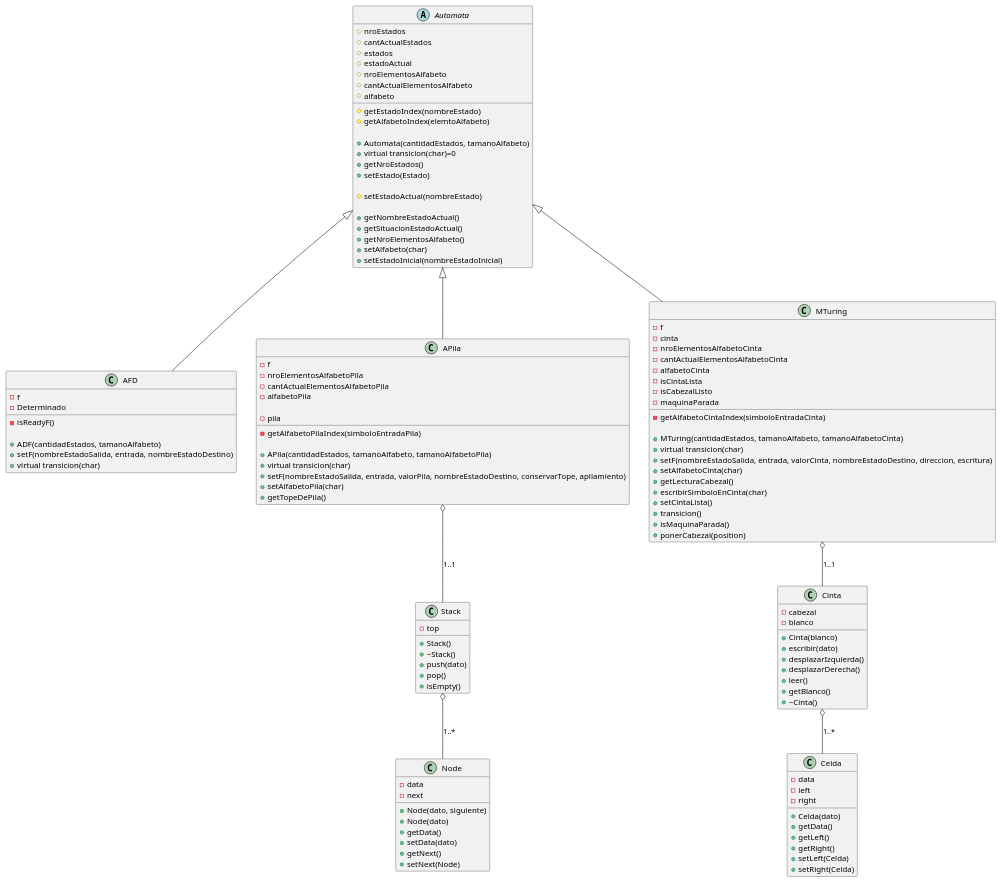
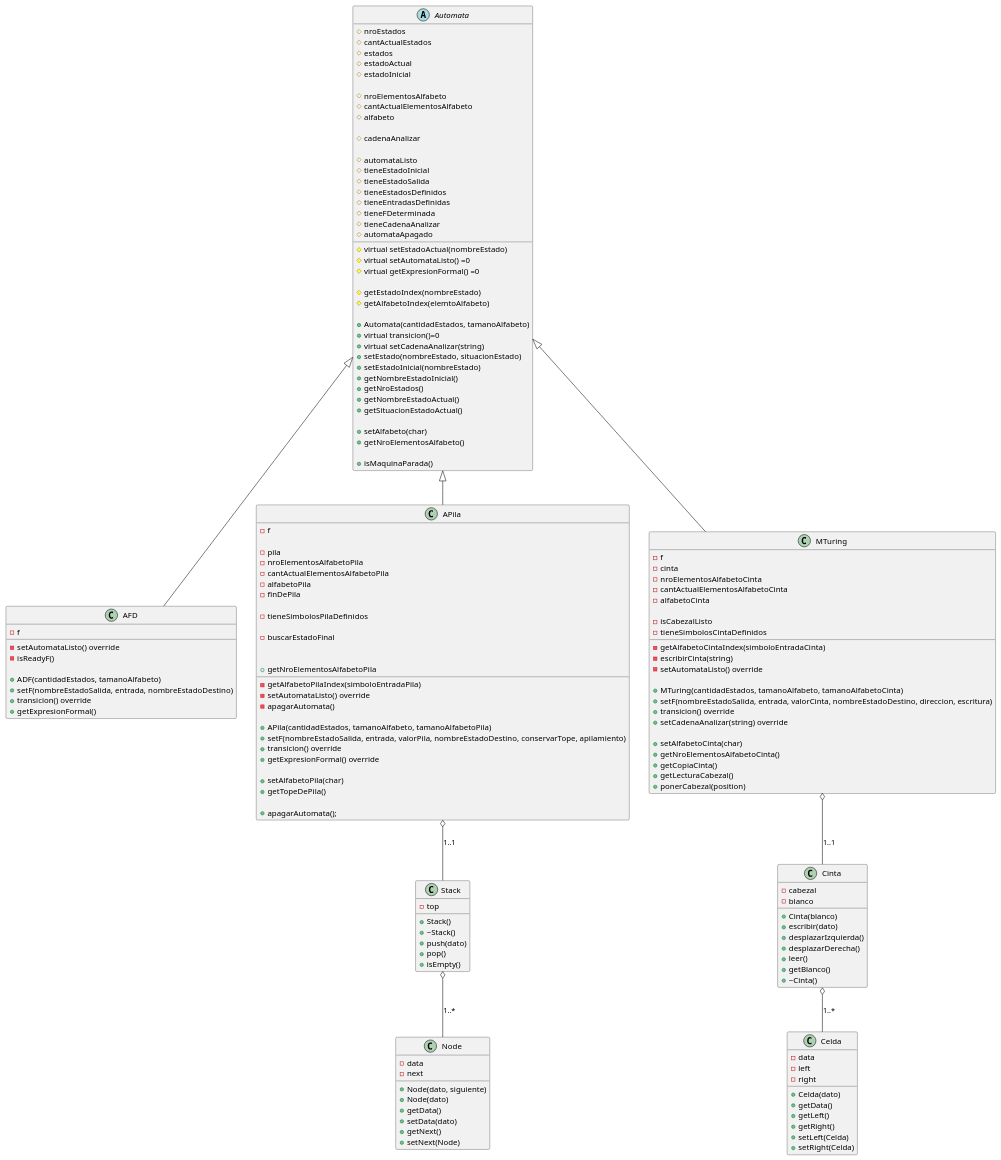
Before and after one commit to FrancoBobadilla/Maquinas-secuenciales: the diagram in Diagrama_UML/scratch.puml, drawn with PlantUML. The commit also changed 10 other files, not shown here.

Commit message:
Se generalizan métodos, se aplica cadena a analizar por los automatas, se aplican banderas abstractas, se agregan ejercicios de la carpeta

```diff
--- a/Diagrama_UML/scratch.puml
+++ b/Diagrama_UML/scratch.puml
@@ -1,133 +1,170 @@
 @startuml
 
 Automata <|-- AFD
 Automata <|-- APila
 Automata <|-- MTuring
 
 APila o-- Stack : 1..1
 Stack o-- Node : 1..*
 
 MTuring o-- Cinta : 1..1
 Cinta o-- Celda : 1..*
 
 abstract class Automata {
 #nroEstados
 #cantActualEstados
 #estados
 #estadoActual
+#estadoInicial
+
 #nroElementosAlfabeto
 #cantActualElementosAlfabeto
 #alfabeto
+
+#cadenaAnalizar
+
+#automataListo
+#tieneEstadoInicial
+#tieneEstadoSalida
+#tieneEstadosDefinidos
+#tieneEntradasDefinidas
+#tieneFDeterminada
+#tieneCadenaAnalizar
+#automataApagado
+
+#virtual setEstadoActual(nombreEstado)
+#virtual setAutomataListo() =0
+#virtual getExpresionFormal() =0
+
 #getEstadoIndex(nombreEstado)
 #getAlfabetoIndex(elemtoAlfabeto)
 
 +Automata(cantidadEstados, tamanoAlfabeto)
-+virtual transicion(char)=0
++virtual transicion()=0
++virtual setCadenaAnalizar(string)
+
+
++setEstado(nombreEstado, situacionEstado)
++setEstadoInicial(nombreEstado)
++getNombreEstadoInicial()
 +getNroEstados()
-+setEstado(Estado)
-
-#setEstadoActual(nombreEstado)
-
 +getNombreEstadoActual()
 +getSituacionEstadoActual()
+
++setAlfabeto(char)
 +getNroElementosAlfabeto()
-+setAlfabeto(char)
-+setEstadoInicial(nombreEstadoInicial)
+
++isMaquinaParada()
 }
 
 class AFD{
 - f
--Determinado
+-setAutomataListo() override
 -isReadyF()
 
 +ADF(cantidadEstados, tamanoAlfabeto)
 +setF(nombreEstadoSalida, entrada, nombreEstadoDestino)
-+virtual transicion(char)
++transicion() override
++getExpresionFormal()
 }
 
 class APila{
 - f
+
+-pila
 -nroElementosAlfabetoPila
 -cantActualElementosAlfabetoPila
 -alfabetoPila
+-finDePila
 
--pila
+-tieneSimbolosPilaDefinidos
+
 -getAlfabetoPilaIndex(simboloEntradaPila)
+-buscarEstadoFinal
+-setAutomataListo() override
+-apagarAutomata()
 
 +APila(cantidadEstados, tamanoAlfabeto, tamanoAlfabetoPila)
-+virtual transicion(char)
 +setF(nombreEstadoSalida, entrada, valorPila, nombreEstadoDestino, conservarTope, apilamiento)
++transicion() override
++getExpresionFormal() override
+
 +setAlfabetoPila(char)
++getNroElementosAlfabetoPila
 +getTopeDePila()
+
++apagarAutomata();
 }
 
 class Stack{
 -top
 +Stack()
 +~Stack()
 +push(dato)
 +pop()
 +isEmpty()
 }
 
 class Node {
 -data
 -next
 +Node(dato, siguiente)
 +Node(dato)
 +getData()
 +setData(dato)
 +getNext()
 +setNext(Node)
 }
 
 class MTuring{
 - f
 -cinta
 -nroElementosAlfabetoCinta
 -cantActualElementosAlfabetoCinta
 -alfabetoCinta
--isCintaLista
+
 -isCabezalListo
--maquinaParada
+-tieneSimbolosCintaDefinidos
 
 -getAlfabetoCintaIndex(simboloEntradaCinta)
+-escribirCinta(string)
+-setAutomataListo() override
 
 +MTuring(cantidadEstados, tamanoAlfabeto, tamanoAlfabetoCinta)
-+virtual transicion(char)
 +setF(nombreEstadoSalida, entrada, valorCinta, nombreEstadoDestino, direccion, escritura)
++transicion() override
++setCadenaAnalizar(string) override
+
 +setAlfabetoCinta(char)
++getNroElementosAlfabetoCinta()
++getCopiaCinta()
 +getLecturaCabezal()
-+escribirSimboloEnCinta(char)
-+setCintaLista()
-+transicion()
-+isMaquinaParada()
 +ponerCabezal(position)
 }
 
 
 class Cinta{
 -cabezal
 -blanco
 +Cinta(blanco)
 +escribir(dato)
 +desplazarIzquierda()
 +desplazarDerecha()
 +leer()
 +getBlanco()
 +~Cinta()
 }
 
 class Celda{
 -data
 -left
 -right
 +Celda(dato)
 +getData()
 +getLeft()
 +getRight()
 +setLeft(Celda)
 +setRight(Celda)
 }
 
 @enduml
```
